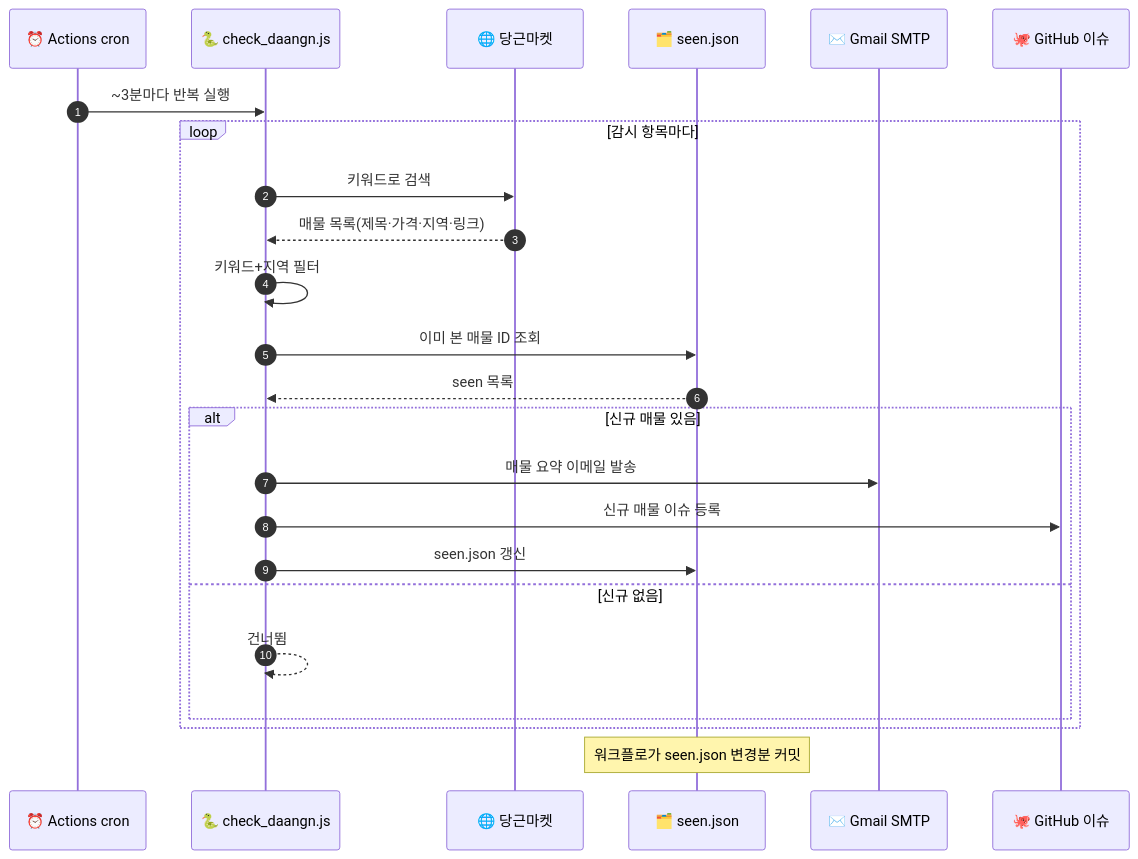
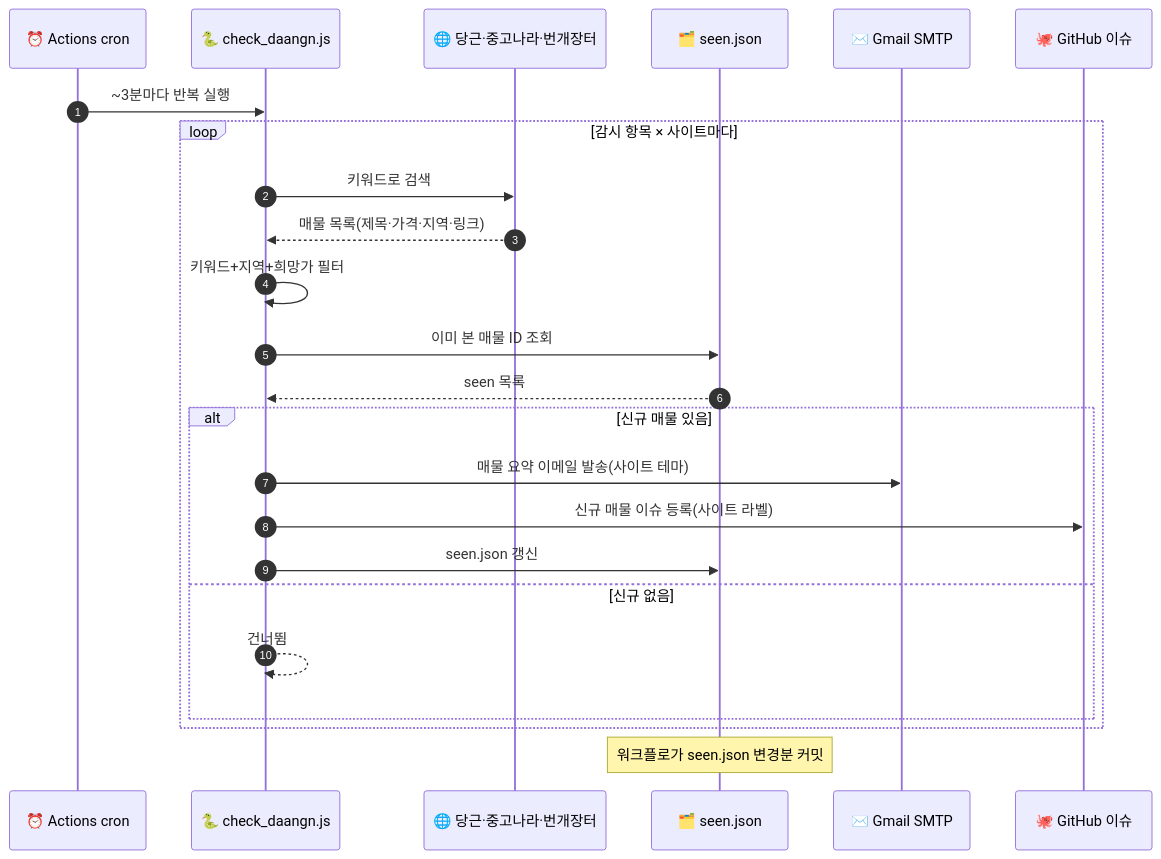
The second of 3 diagrams in README.md (leemgs/carrot-market), drawn with Mermaid before and after one commit. The commit also changed other lines of this file, not shown here.

First line of the commit message:
docs: README 최신화 — 다중 사이트·사이트별 테마/라벨·웹 UI·API 캐시 반영

````diff
--- a/README.md
+++ b/README.md
@@ -78,27 +80,27 @@
 ```mermaid
 sequenceDiagram
     autonumber
     participant CR as ⏰ Actions cron
     participant PP as 🐍 check_daangn.js
-    participant DG as 🌐 당근마켓
+    participant DG as 🌐 당근·중고나라·번개장터
     participant DB as 🗂️ seen.json
     participant ML as ✉️ Gmail SMTP
     participant GH as 🐙 GitHub 이슈
 
     CR->>PP: ~3분마다 반복 실행
-    loop 감시 항목마다
+    loop 감시 항목 × 사이트마다
         PP->>DG: 키워드로 검색
         DG-->>PP: 매물 목록(제목·가격·지역·링크)
-        PP->>PP: 키워드+지역 필터
+        PP->>PP: 키워드+지역+희망가 필터
         PP->>DB: 이미 본 매물 ID 조회
         DB-->>PP: seen 목록
         alt 신규 매물 있음
-            PP->>ML: 매물 요약 이메일 발송
-            PP->>GH: 신규 매물 이슈 등록
+            PP->>ML: 매물 요약 이메일 발송(사이트 테마)
+            PP->>GH: 신규 매물 이슈 등록(사이트 라벨)
             PP->>DB: seen.json 갱신
         else 신규 없음
             PP-->>PP: 건너뜀
         end
     end
     Note over DB: 워크플로가 seen.json 변경분 커밋
 ```
````
